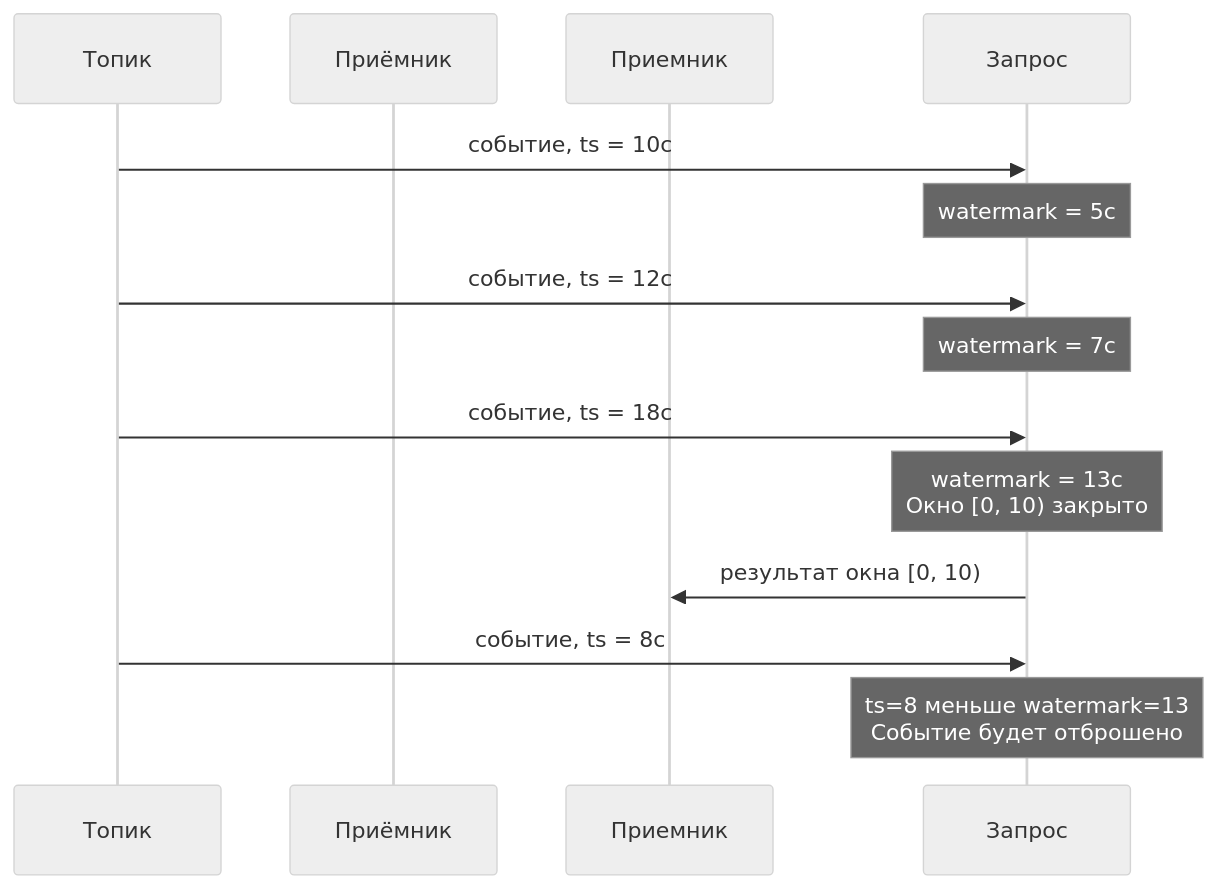
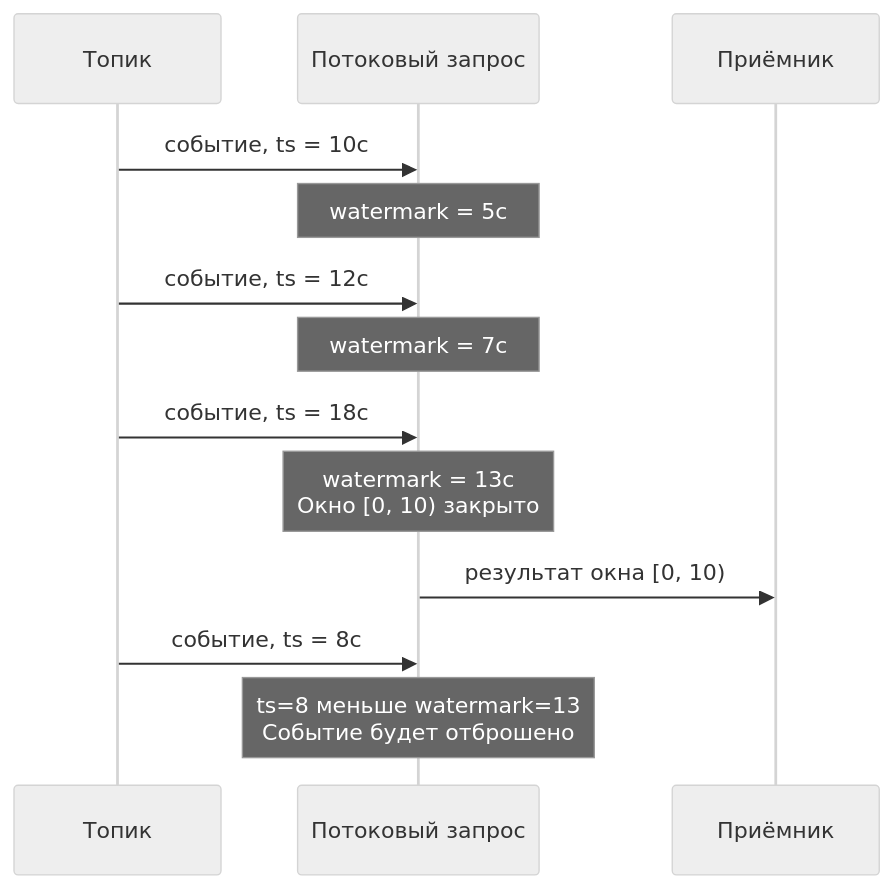
The diagram in ydb/docs/ru/core/dev/streaming-query/watermarks.md (ydb-platform/ydb), drawn with Mermaid (neutral theme) before and after one commit.

Commit message:
Apply suggestions from code review

````diff
--- a/ydb/docs/ru/core/dev/streaming-query/watermarks.md
+++ b/ydb/docs/ru/core/dev/streaming-query/watermarks.md
@@ -19,16 +19,16 @@
 ```mermaid
 sequenceDiagram
     participant Топик
+    participant Запрос as Потоковый запрос
     participant Приёмник
-    participant Приемник
 
     Топик->>Запрос: событие, ts = 10с
     Note over Запрос: watermark = 5с
     Топик->>Запрос: событие, ts = 12с
     Note over Запрос: watermark = 7с
     Топик->>Запрос: событие, ts = 18с
     Note over Запрос: watermark = 13с<br/>Окно [0, 10) закрыто
-    Запрос->>Приемник: результат окна [0, 10)
+    Запрос->>Приёмник: результат окна [0, 10)
     Топик->>Запрос: событие, ts = 8с
     Note over Запрос: ts=8 меньше watermark=13<br/>Событие будет отброшено
 ```
````
